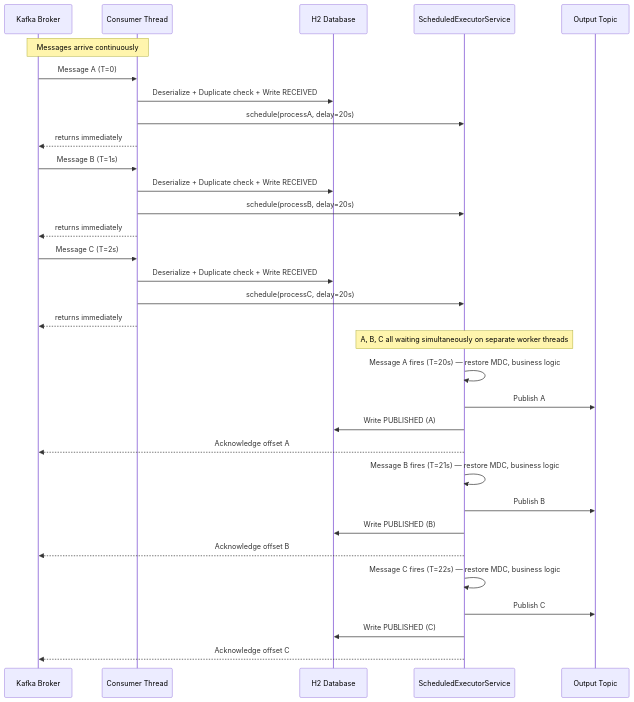
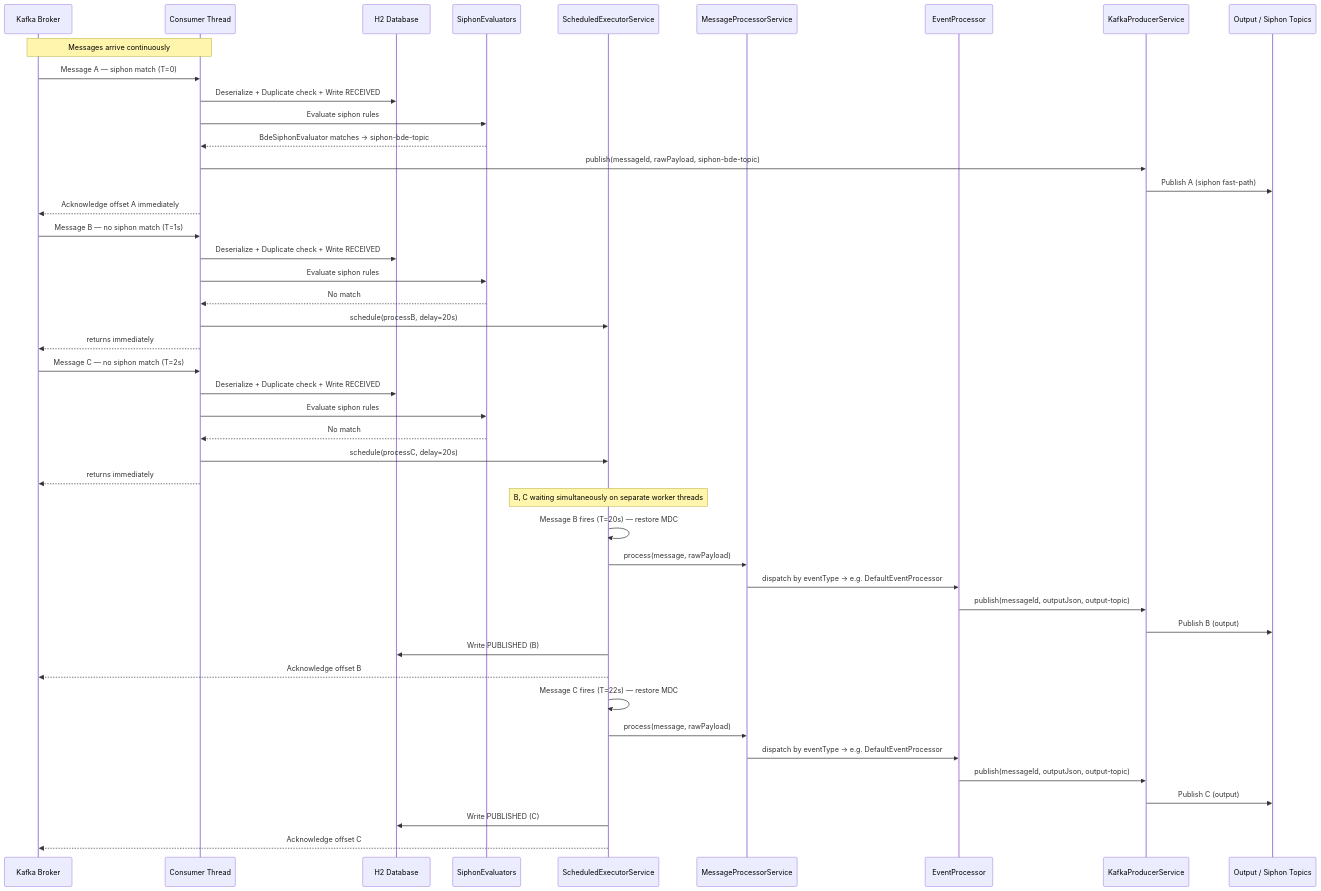
The diagram in concurrency-diagram.md (thzero/kafka-reader-example), drawn with Mermaid before and after one commit. The commit also changed other lines of this file and 10 other files, not shown here.

````diff
--- a/concurrency-diagram.md
+++ b/concurrency-diagram.md
@@ -5,42 +5,54 @@
 ```mermaid
 sequenceDiagram
     participant K as Kafka Broker
     participant CT as Consumer Thread
     participant DB as H2 Database
+    participant SV as SiphonEvaluators
     participant SE as ScheduledExecutorService
-    participant OP as Output Topic
+    participant MP as MessageProcessorService
+    participant EP as EventProcessor
+    participant KP as KafkaProducerService
+    participant OP as Output / Siphon Topics
 
     Note over K,CT: Messages arrive continuously
 
-    K->>CT: Message A (T=0)
+    K->>CT: Message A — siphon match (T=0)
     CT->>DB: Deserialize + Duplicate check + Write RECEIVED
-    CT->>SE: schedule(processA, delay=20s)
-    CT-->>K: returns immediately
+    CT->>SV: Evaluate siphon rules
+    SV-->>CT: BdeSiphonEvaluator matches → siphon-bde-topic
+    CT->>KP: publish(messageId, rawPayload, siphon-bde-topic)
+    KP->>OP: Publish A (siphon fast-path)
+    CT-->>K: Acknowledge offset A immediately
 
-    K->>CT: Message B (T=1s)
+    K->>CT: Message B — no siphon match (T=1s)
     CT->>DB: Deserialize + Duplicate check + Write RECEIVED
+    CT->>SV: Evaluate siphon rules
+    SV-->>CT: No match
     CT->>SE: schedule(processB, delay=20s)
     CT-->>K: returns immediately
 
-    K->>CT: Message C (T=2s)
+    K->>CT: Message C — no siphon match (T=2s)
     CT->>DB: Deserialize + Duplicate check + Write RECEIVED
+    CT->>SV: Evaluate siphon rules
+    SV-->>CT: No match
     CT->>SE: schedule(processC, delay=20s)
     CT-->>K: returns immediately
 
-    Note over SE: A, B, C all waiting simultaneously on separate worker threads
+    Note over SE: B, C waiting simultaneously on separate worker threads
 
-    SE->>SE: Message A fires (T=20s) — restore MDC, business logic
-    SE->>OP: Publish A
-    SE->>DB: Write PUBLISHED (A)
-    SE-->>K: Acknowledge offset A
-
-    SE->>SE: Message B fires (T=21s) — restore MDC, business logic
-    SE->>OP: Publish B
+    SE->>SE: Message B fires (T=20s) — restore MDC
+    SE->>MP: process(message, rawPayload)
+    MP->>EP: dispatch by eventType → e.g. DefaultEventProcessor
+    EP->>KP: publish(messageId, outputJson, output-topic)
+    KP->>OP: Publish B (output)
     SE->>DB: Write PUBLISHED (B)
     SE-->>K: Acknowledge offset B
 
-    SE->>SE: Message C fires (T=22s) — restore MDC, business logic
-    SE->>OP: Publish C
+    SE->>SE: Message C fires (T=22s) — restore MDC
+    SE->>MP: process(message, rawPayload)
+    MP->>EP: dispatch by eventType → e.g. DefaultEventProcessor
+    EP->>KP: publish(messageId, outputJson, output-topic)
+    KP->>OP: Publish C (output)
     SE->>DB: Write PUBLISHED (C)
     SE-->>K: Acknowledge offset C
 ```
````
